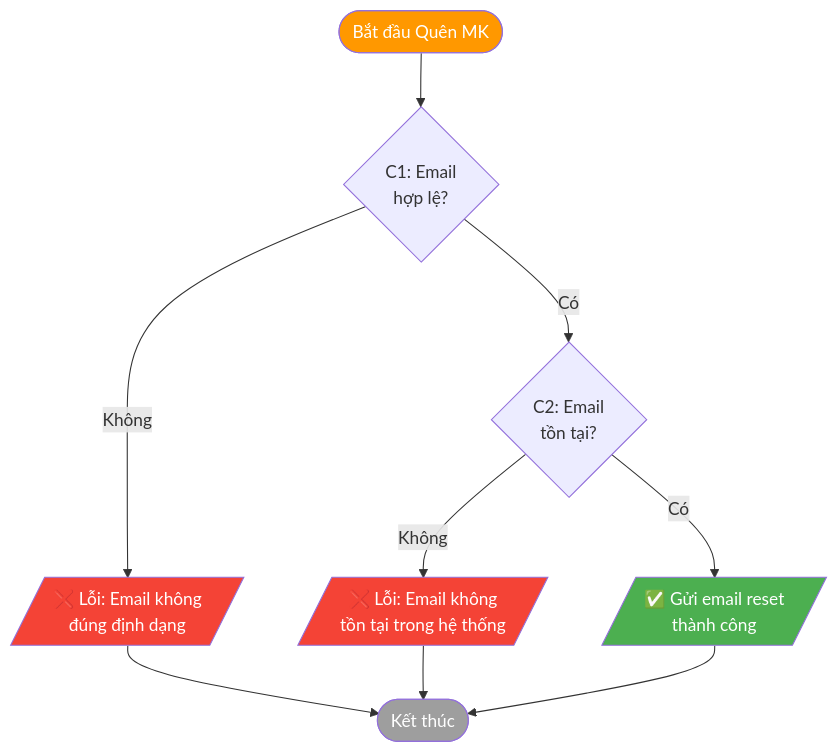
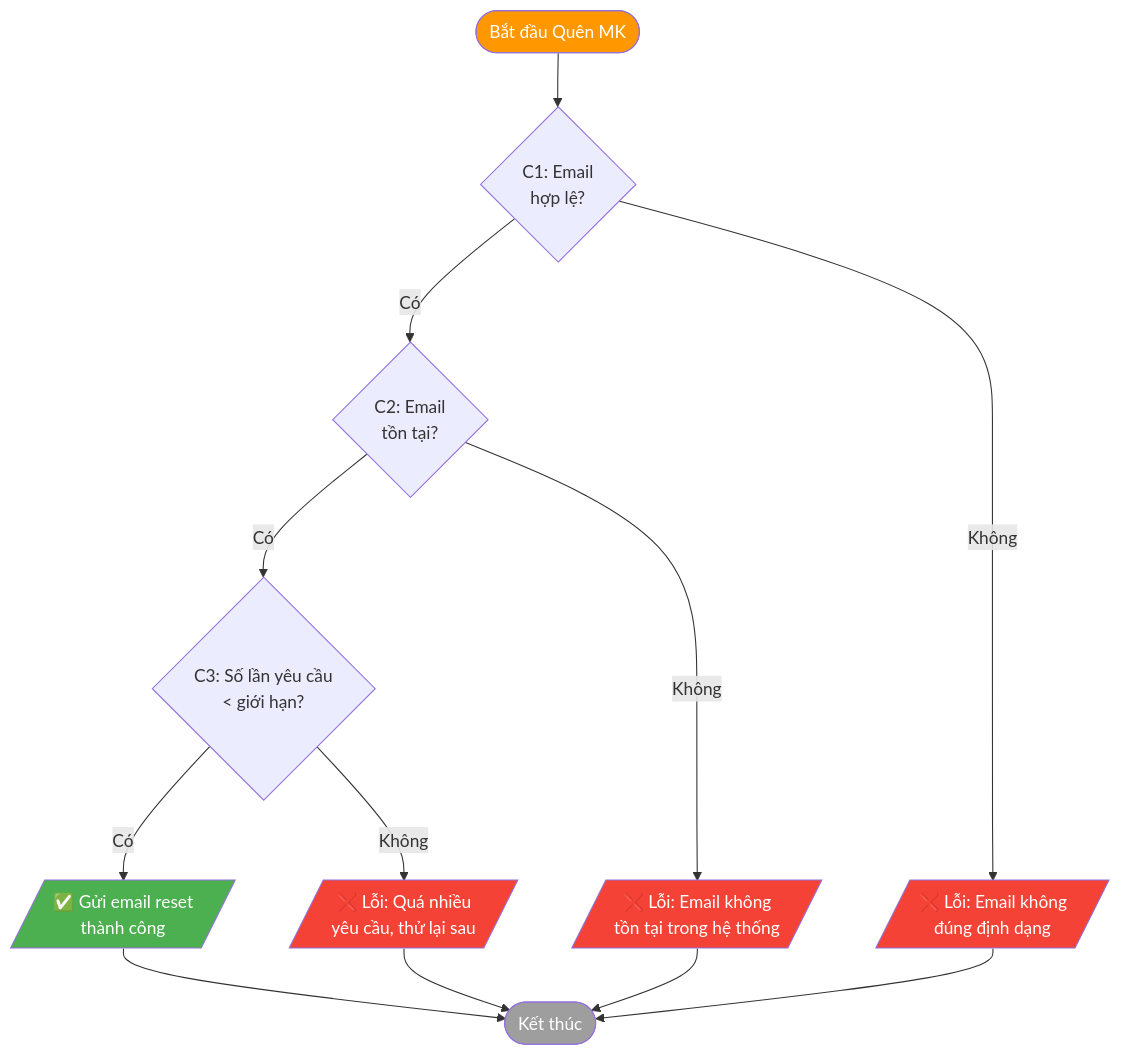
The fifth of 8 diagrams in manual-testing/Test Cases/Decision_Tables.md (kallo1103/Tester), drawn with Mermaid before and after one commit. The commit also changed other lines of this file, not shown here.

````diff
--- a/manual-testing/Test Cases/Decision_Tables.md
+++ b/manual-testing/Test Cases/Decision_Tables.md
@@ -153,20 +186,25 @@
 ```mermaid
 flowchart TD
     Start([Bắt đầu Quên MK]) --> C1{C1: Email<br/>hợp lệ?}
     
-    C1 -->|Không| A2[/"❌ Lỗi: Email không<br/>đúng định dạng"/]
+    C1 -->|Không| A4[/"❌ Lỗi: Email không<br/>đúng định dạng"/]
     C1 -->|Có| C2{C2: Email<br/>tồn tại?}
     
     C2 -->|Không| A3[/"❌ Lỗi: Email không<br/>tồn tại trong hệ thống"/]
-    C2 -->|Có| A1[/"✅ Gửi email reset<br/>thành công"/]
+    C2 -->|Có| C3{C3: Số lần yêu cầu<br/>< giới hạn?}
+    
+    C3 -->|Không| A2[/"❌ Lỗi: Quá nhiều<br/>yêu cầu, thử lại sau"/]
+    C3 -->|Có| A1[/"✅ Gửi email reset<br/>thành công"/]
     
     A1 --> End([Kết thúc])
     A2 --> End
     A3 --> End
+    A4 --> End
 
     style Start fill:#FF9800,color:#fff
     style End fill:#9E9E9E,color:#fff
     style A1 fill:#4CAF50,color:#fff
     style A2 fill:#f44336,color:#fff
     style A3 fill:#f44336,color:#fff
+    style A4 fill:#f44336,color:#fff
 ```
````
